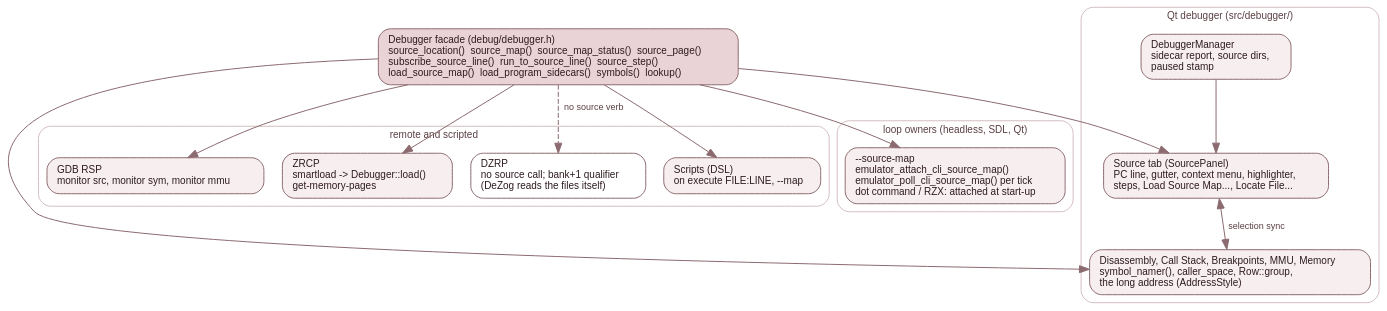
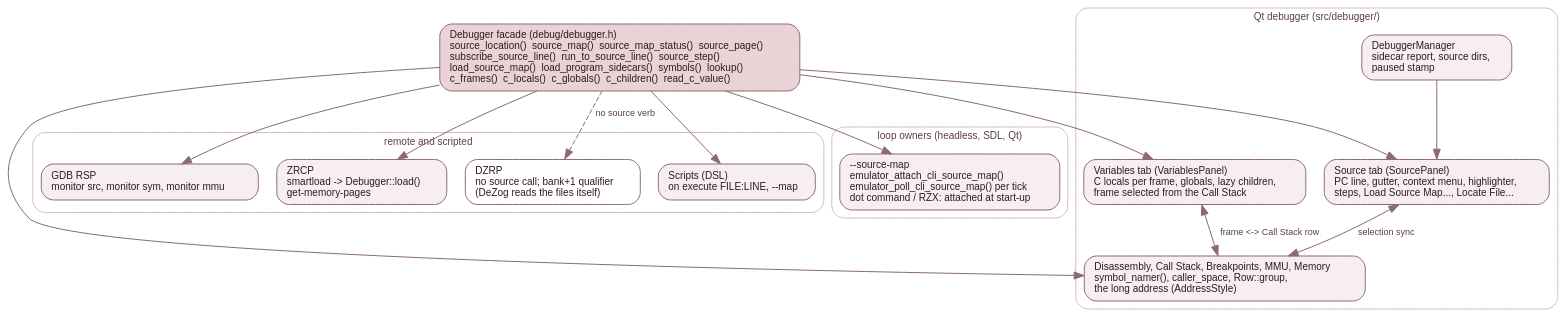
Before and after one commit to jorgegv/jnext: the diagram in src/doc/developer-guide/diagrams/srcdbg-frontends.dot, drawn with Graphviz. The commit also changed 16 other files, not shown here.

Commit message:
GH #435 stage 1: dev guide (7.7 Variables tab, 7.10 c_children, 7.8, 3.10.2), diagram, cites

```diff
--- a/src/doc/developer-guide/diagrams/srcdbg-frontends.dot
+++ b/src/doc/developer-guide/diagrams/srcdbg-frontends.dot
@@ -1,60 +1,63 @@
 // Who reads the source-level stores: chapter 7.7.
 //
 // Rendered by `make docs-devguide-diagrams` into ../img/srcdbg-frontends.svg,
 // which is COMMITTED. Edit this file, never the SVG.
 //
 // Top: the backend verbs every frontend goes through (the stores are never
 // touched directly). Below: one cluster per frontend, with what it reads and
 // what it adds. DZRP is the one frontend with no source surface: DeZog reads
 // the SLD or map itself.
 //
 // Palette: the page theme's pastel dark red family (see css/theme.css), as the
 // other figures. Light fills, dark labels, transparent canvas.
 digraph srcdbg_frontends {
     bgcolor="transparent";
     rankdir=TB;
     fontname="Helvetica";
     ranksep=0.5;
     nodesep=0.25;
     node [shape=box, style="filled,rounded", fontname="Helvetica", fontsize=10,
           fillcolor="#f7eef0", color="#8c6b70", fontcolor="#2e1c1f", margin="0.14,0.08"];
     edge [color="#8c6b70", fontname="Helvetica", fontsize=9, fontcolor="#5a3f43"];
 
-    verbs [label="Debugger facade (debug/debugger.h)\lsource_location()  source_map()  source_map_status()  source_page()\lsubscribe_source_line()  run_to_source_line()  source_step()\lload_source_map()  load_program_sidecars()  symbols()  lookup()\l", fillcolor="#e9d3d6"];
+    verbs [label="Debugger facade (debug/debugger.h)\lsource_location()  source_map()  source_map_status()  source_page()\lsubscribe_source_line()  run_to_source_line()  source_step()\lload_source_map()  load_program_sidecars()  symbols()  lookup()\lc_frames()  c_locals()  c_globals()  c_children()  read_c_value()\l", fillcolor="#e9d3d6"];
 
     subgraph cluster_qt {
         label="Qt debugger (src/debugger/)";
         fontname="Helvetica"; fontsize=10; fontcolor="#5a3f43";
         color="#d3bdc0"; style="rounded";
         q0 [label="Source tab (SourcePanel)\lPC line, gutter, context menu, highlighter,\lsteps, Load Source Map..., Locate File...\l"];
         q1 [label="Disassembly, Call Stack, Breakpoints, MMU, Memory\lsymbol_namer(), caller_space, Row::group,\lthe long address (AddressStyle)\l"];
+        q3 [label="Variables tab (VariablesPanel)\lC locals per frame, globals, lazy children,\lframe selected from the Call Stack\l"];
         q2 [label="DebuggerManager\lsidecar report, source dirs,\lpaused stamp\l"];
         q0 -> q1 [label=" selection sync", dir=both];
+        q3 -> q1 [label=" frame <-> Call Stack row", dir=both];
         q2 -> q0;
     }
 
     subgraph cluster_remote {
         label="remote and scripted";
         fontname="Helvetica"; fontsize=10; fontcolor="#5a3f43";
         color="#d3bdc0"; style="rounded";
         g0 [label="GDB RSP\lmonitor src, monitor sym, monitor mmu\l"];
         z0 [label="ZRCP\lsmartload -> Debugger::load()\lget-memory-pages\l"];
         d0 [label="DZRP\lno source call; bank+1 qualifier\l(DeZog reads the files itself)\l", fillcolor="#ffffff"];
         s0 [label="Scripts (DSL)\lon execute FILE:LINE, --map\l"];
     }
 
     subgraph cluster_loop {
         label="loop owners (headless, SDL, Qt)";
         fontname="Helvetica"; fontsize=10; fontcolor="#5a3f43";
         color="#d3bdc0"; style="rounded";
         l0 [label="--source-map\lemulator_attach_cli_source_map()\lemulator_poll_cli_source_map() per tick\ldot command / RZX: attached at start-up\l"];
     }
 
     verbs -> q0;
     verbs -> q1;
+    verbs -> q3;
     verbs -> g0;
     verbs -> z0;
     verbs -> s0;
     verbs -> l0;
     verbs -> d0 [style=dashed, label=" no source verb"];
 }
```
